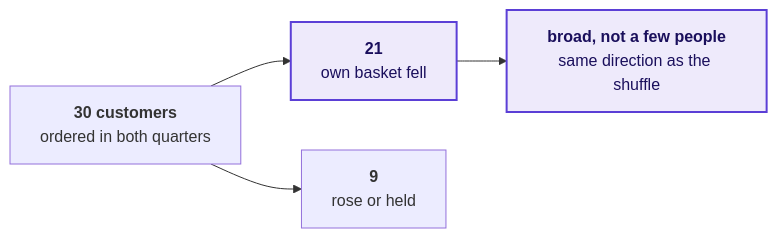
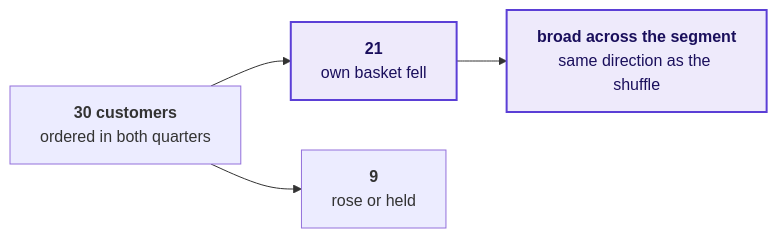
One commit to fde-academy-lab/c2-content-factory changed the ninth of 9 diagrams in content/W01/D5/slides/C2_W01_D05_debrief_STUDENT.md. Above: the diagram before and after it, drawn with Mermaid. The commit also changed other lines of this file and 21 other files, not shown here.

````diff
--- a/content/W01/D5/slides/C2_W01_D05_debrief_STUDENT.md
+++ b/content/W01/D5/slides/C2_W01_D05_debrief_STUDENT.md
@@ -564,8 +561,8 @@
 ```mermaid
 flowchart LR
     A["<b>30 customers</b><br/>ordered in both quarters"] --> F["<b>21</b><br/>own basket fell"]
     A --> O["<b>9</b><br/>rose or held"]
-    F --> V["<b>broad, not a few people</b><br/>same direction as the shuffle"]
+    F --> V["<b>broad across the segment</b><br/>same direction as the shuffle"]
     classDef known fill:#EEEAFB,stroke:#5B3FD6,color:#1A0F5C,stroke-width:2px
     class F,V known
 ```
````
